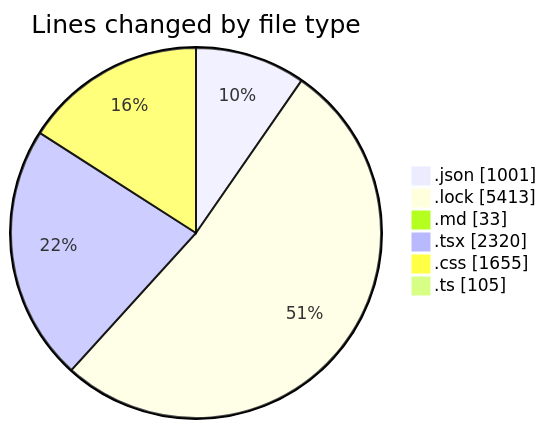
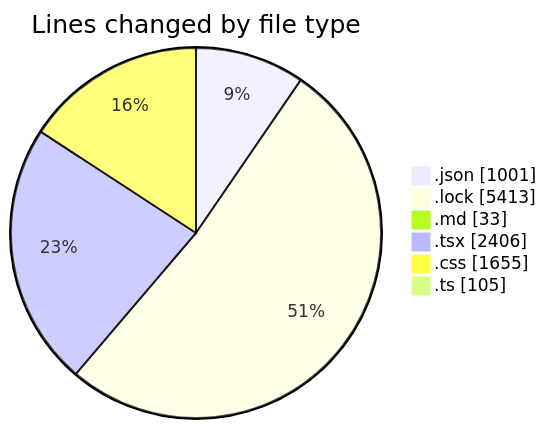
Before and after one commit to EIIisD/code-tracking: the first of 2 diagrams in 2025-08-11/ribbon/README.md, drawn with Mermaid. The commit also changed other lines of this file and 1 other file, not shown here.

````diff
--- a/2025-08-11/ribbon/README.md
+++ b/2025-08-11/ribbon/README.md
@@ -44,10 +44,10 @@
 ```mermaid
 pie showData
 title Lines changed by file type
 ".json" : 1001
 ".lock" : 5413
 ".md" : 33
-".tsx" : 2320
+".tsx" : 2406
 ".css" : 1655
 ".ts" : 105
 ```
````
